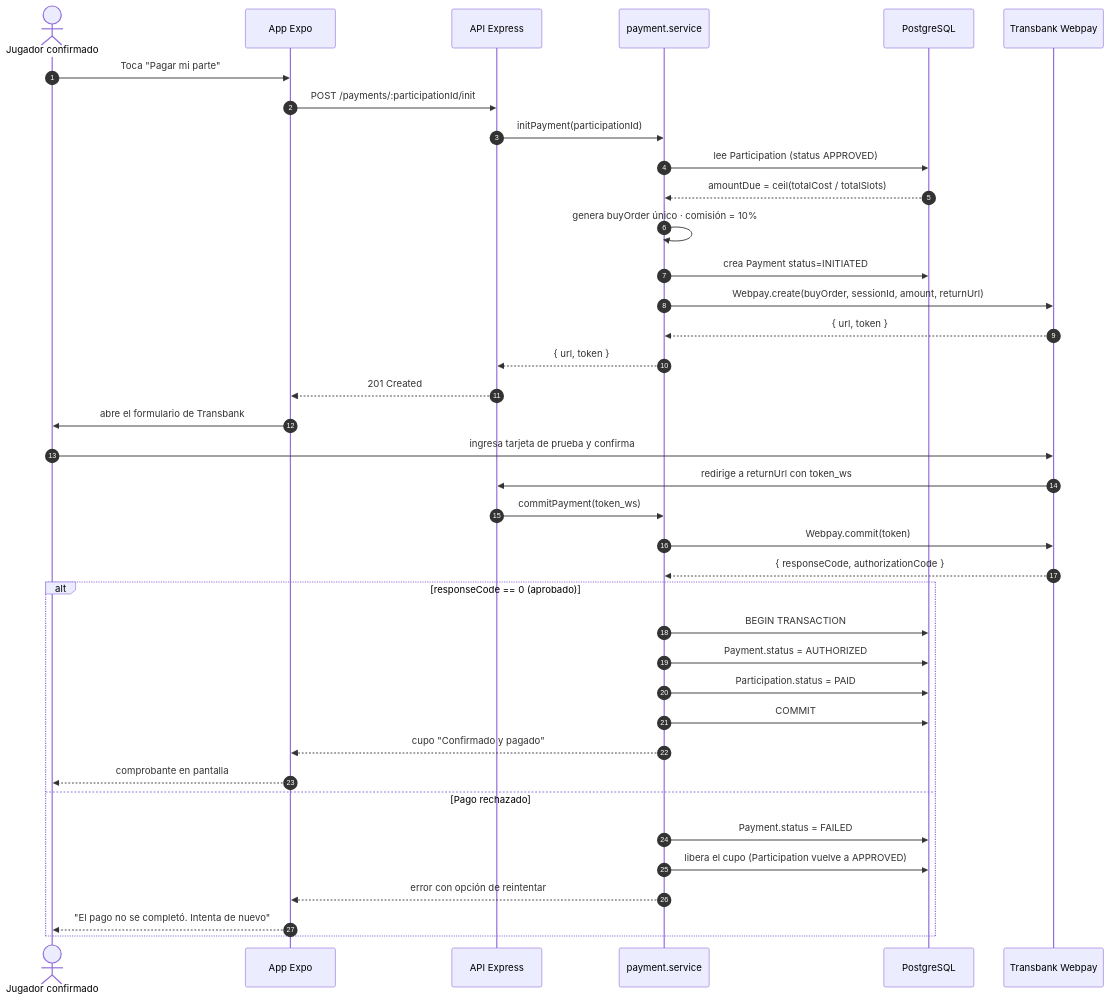
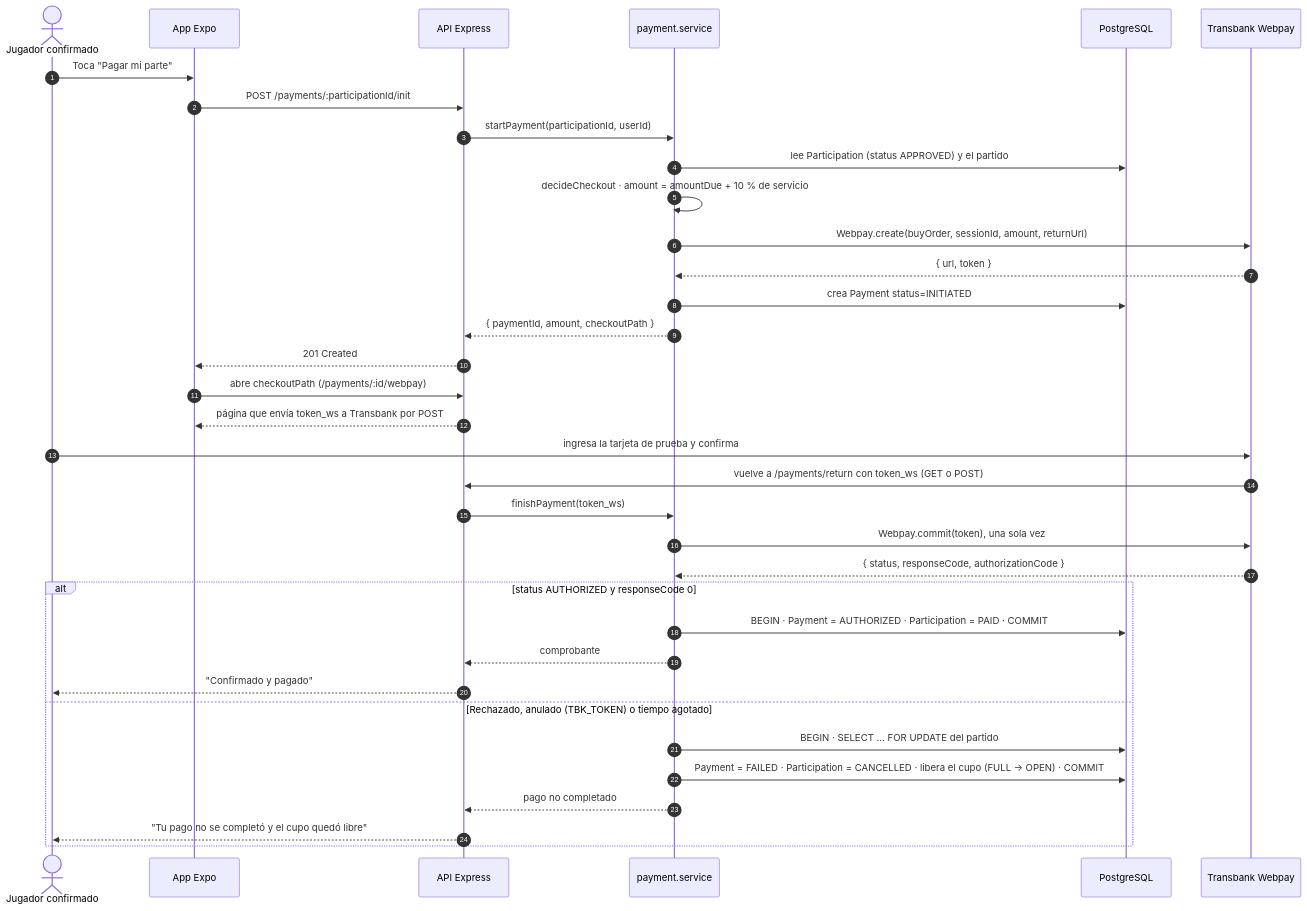
Before and after one commit to avenaaaa/KANCHA: the diagram in fase-2-desarrollo/docs/diagramas/secuencia-pago-fraccionado.mmd, drawn with Mermaid. The commit also changed 37 other files, not shown here.

```diff
--- a/fase-2-desarrollo/docs/diagramas/secuencia-pago-fraccionado.mmd
+++ b/fase-2-desarrollo/docs/diagramas/secuencia-pago-fraccionado.mmd
@@ -1,41 +1,38 @@
 sequenceDiagram
     autonumber
     actor J as Jugador confirmado
     participant APP as App Expo
     participant API as API Express
     participant PAY as payment.service
     participant DB as PostgreSQL
     participant TBK as Transbank Webpay
 
     J->>APP: Toca "Pagar mi parte"
     APP->>API: POST /payments/:participationId/init
-    API->>PAY: initPayment(participationId)
-    PAY->>DB: lee Participation (status APPROVED)
-    DB-->>PAY: amountDue = ceil(totalCost / totalSlots)
-    PAY->>PAY: genera buyOrder único · comisión = 10%
-    PAY->>DB: crea Payment status=INITIATED
+    API->>PAY: startPayment(participationId, userId)
+    PAY->>DB: lee Participation (status APPROVED) y el partido
+    PAY->>PAY: decideCheckout · amount = amountDue + 10 % de servicio
     PAY->>TBK: Webpay.create(buyOrder, sessionId, amount, returnUrl)
     TBK-->>PAY: { url, token }
-    PAY-->>API: { url, token }
+    PAY->>DB: crea Payment status=INITIATED
+    PAY-->>API: { paymentId, amount, checkoutPath }
     API-->>APP: 201 Created
-    APP->>J: abre el formulario de Transbank
+    APP->>API: abre checkoutPath (/payments/:id/webpay)
+    API-->>APP: página que envía token_ws a Transbank por POST
 
-    J->>TBK: ingresa tarjeta de prueba y confirma
-    TBK->>API: redirige a returnUrl con token_ws
-    API->>PAY: commitPayment(token_ws)
-    PAY->>TBK: Webpay.commit(token)
-    TBK-->>PAY: { responseCode, authorizationCode }
+    J->>TBK: ingresa la tarjeta de prueba y confirma
+    TBK->>API: vuelve a /payments/return con token_ws (GET o POST)
+    API->>PAY: finishPayment(token_ws)
+    PAY->>TBK: Webpay.commit(token), una sola vez
+    TBK-->>PAY: { status, responseCode, authorizationCode }
 
-    alt responseCode == 0 (aprobado)
-        PAY->>DB: BEGIN TRANSACTION
-        PAY->>DB: Payment.status = AUTHORIZED
-        PAY->>DB: Participation.status = PAID
-        PAY->>DB: COMMIT
-        PAY-->>APP: cupo "Confirmado y pagado"
-        APP-->>J: comprobante en pantalla
-    else Pago rechazado
-        PAY->>DB: Payment.status = FAILED
-        PAY->>DB: libera el cupo (Participation vuelve a APPROVED)
-        PAY-->>APP: error con opción de reintentar
-        APP-->>J: "El pago no se completó. Intenta de nuevo"
+    alt status AUTHORIZED y responseCode 0
+        PAY->>DB: BEGIN · Payment = AUTHORIZED · Participation = PAID · COMMIT
+        PAY-->>API: comprobante
+        API-->>J: "Confirmado y pagado"
+    else Rechazado, anulado (TBK_TOKEN) o tiempo agotado
+        PAY->>DB: BEGIN · SELECT … FOR UPDATE del partido
+        PAY->>DB: Payment = FAILED · Participation = CANCELLED · libera el cupo (FULL → OPEN) · COMMIT
+        PAY-->>API: pago no completado
+        API-->>J: "Tu pago no se completó y el cupo quedó libre"
     end
```
